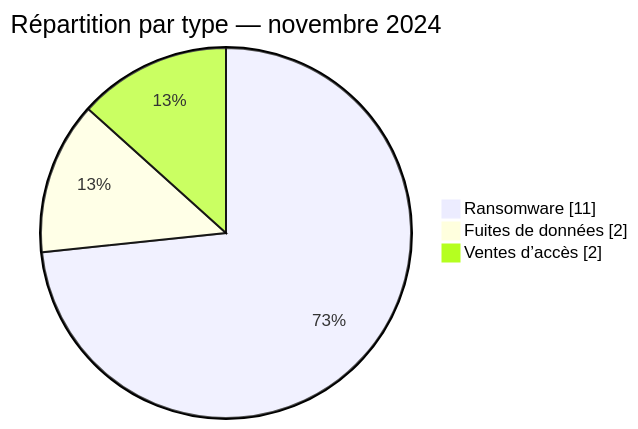
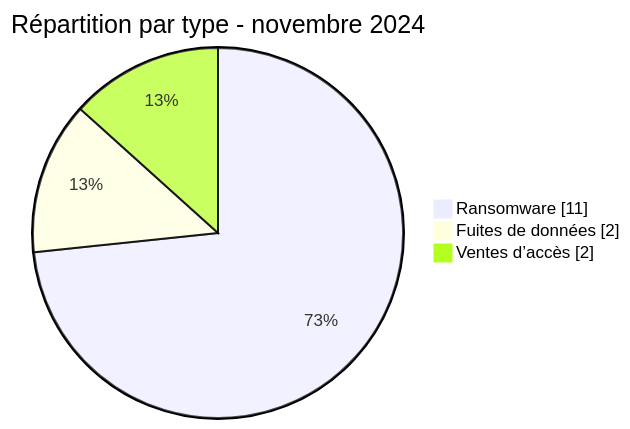
Before and after one commit to Hatchepsoute/AFRINTEL: the second of 2 diagrams in CyberAttackAfrica/2024/11-november/README_FR.md, drawn with Mermaid. The commit also changed other lines of this file and 182 other files, not shown here.

````diff
--- a/CyberAttackAfrica/2024/11-november/README_FR.md
+++ b/CyberAttackAfrica/2024/11-november/README_FR.md
@@ -58,7 +58,7 @@
 ```mermaid
 pie showData
-    title Répartition par type — novembre 2024
+    title Répartition par type - novembre 2024
     "Ransomware" : 11
     "Fuites de données" : 2
     "Ventes d’accès" : 2
 ```
````
